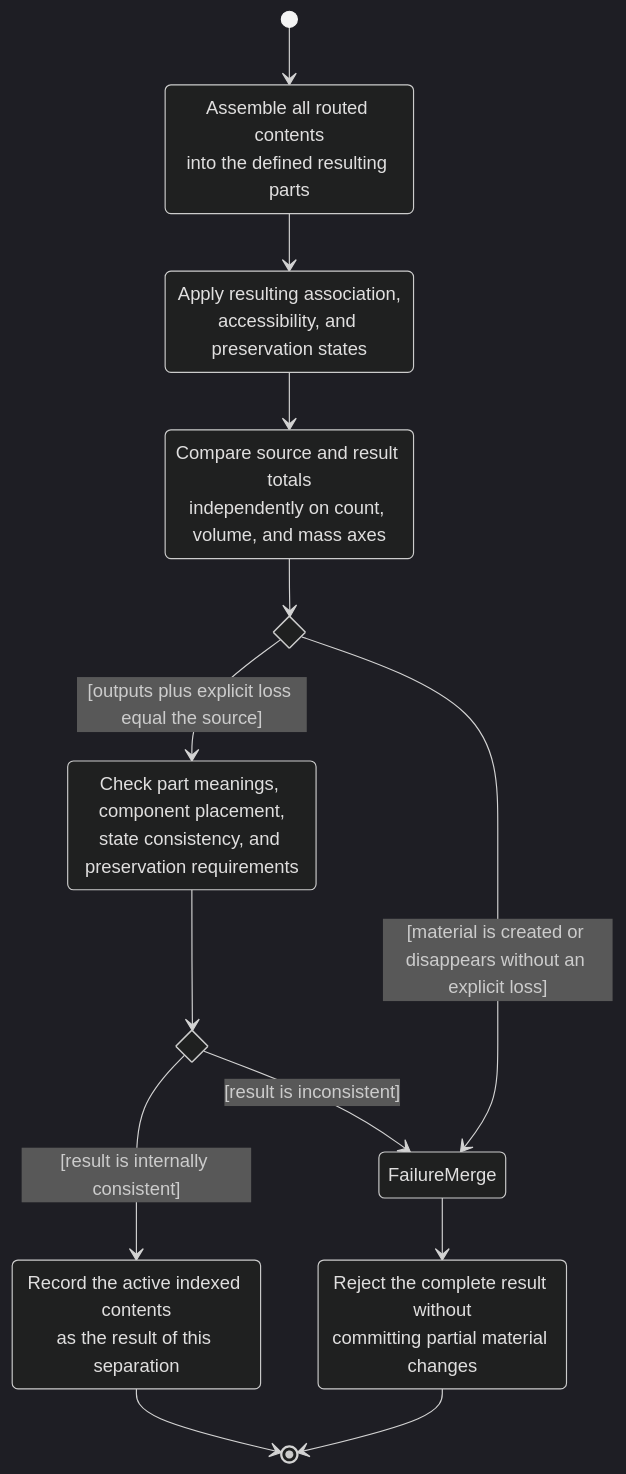
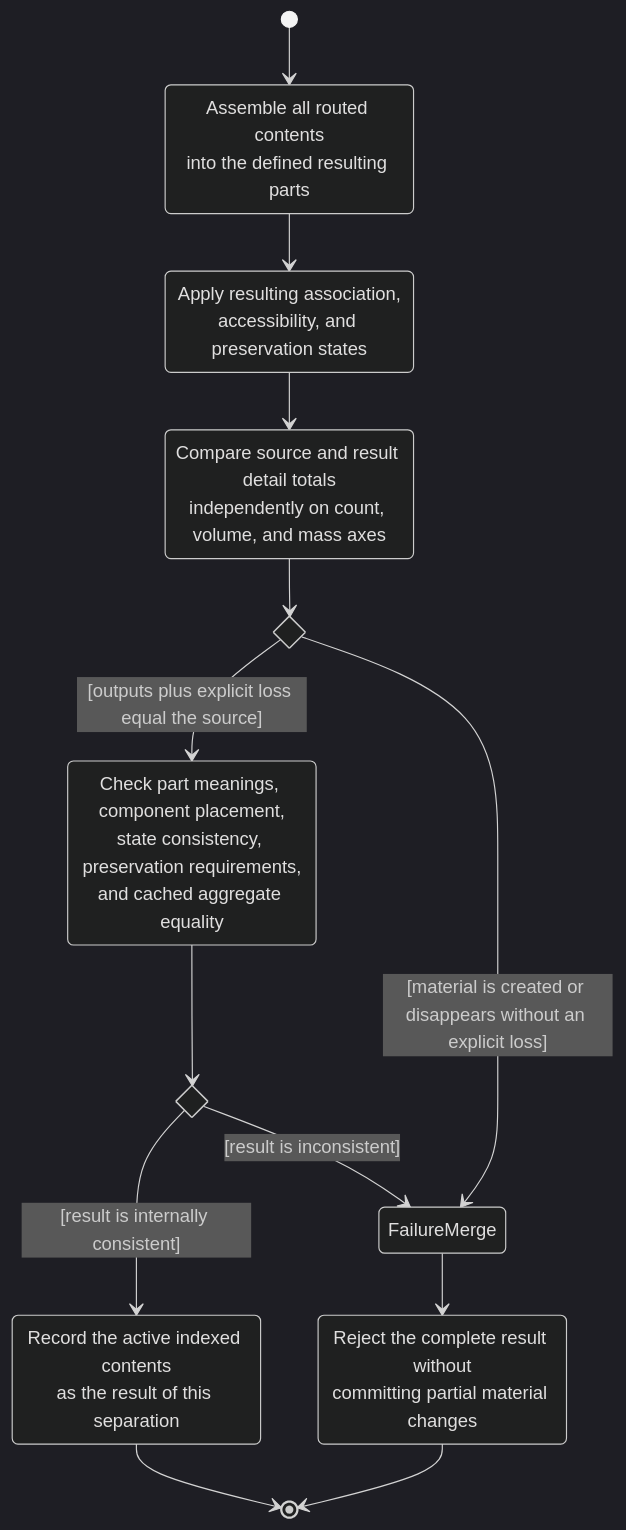
Before and after one commit to culsma/culsma: the eighth of 13 diagrams in docs/architecture/material_compute_module_diagrams.md, drawn with Mermaid (dark theme). The commit also changed other lines of this file and 10 other files, not shown here.

Commit message:
fix(material): derive separation aggregates from component detail

````diff
--- a/docs/architecture/material_compute_module_diagrams.md
+++ b/docs/architecture/material_compute_module_diagrams.md
@@ -408,30 +442,30 @@
 ```mermaid
 stateDiagram-v2
     direction TB
 
     [*] --> AssembleParts
     state "Assemble all routed contents<br/>into the defined resulting parts" as AssembleParts
     state "Apply resulting association,<br/>accessibility, and preservation states" as ApplyStates
     AssembleParts --> ApplyStates
 
-    state "Compare source and result totals<br/>independently on count, volume, and mass axes" as CheckConservation
+    state "Compare source and result detail totals<br/>independently on count, volume, and mass axes" as CheckConservation
     ApplyStates --> CheckConservation
 
     state ConservationChoice <<choice>>
     CheckConservation --> ConservationChoice
     ConservationChoice --> CheckOrganization : [outputs plus explicit loss equal the source]
     ConservationChoice --> FailureMerge : [material is created or disappears without an explicit loss]
 
-    state "Check part meanings, component placement,<br/>state consistency, and preservation requirements" as CheckOrganization
+    state "Check part meanings, component placement,<br/>state consistency, preservation requirements,<br/>and cached aggregate equality" as CheckOrganization
     state ResultChoice <<choice>>
     CheckOrganization --> ResultChoice
     ResultChoice --> Record : [result is internally consistent]
     ResultChoice --> FailureMerge : [result is inconsistent]
 
     state "Record the active indexed contents<br/>as the result of this separation" as Record
     state FailureMerge <<choice>>
     state "Reject the complete result without<br/>committing partial material changes" as Reject
     FailureMerge --> Reject
     Record --> [*]
     Reject --> [*]
 ```
````
